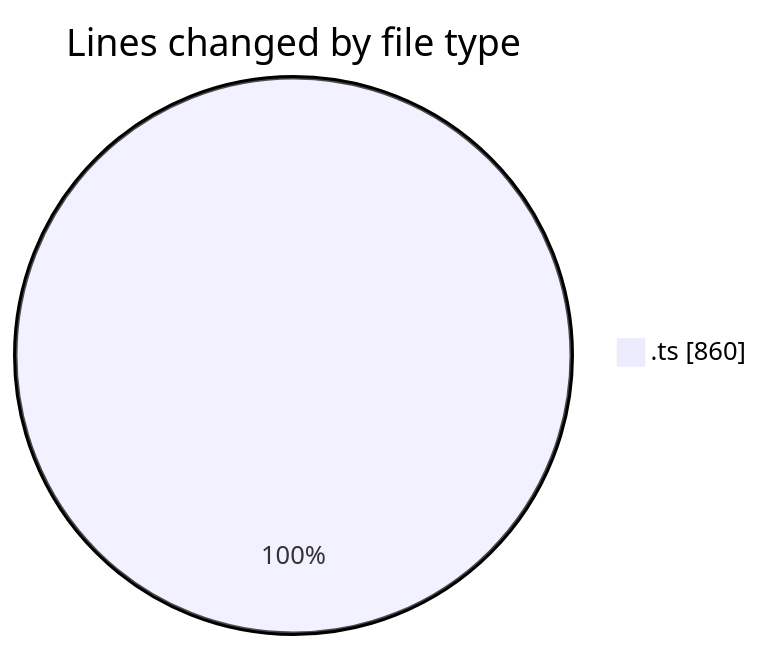
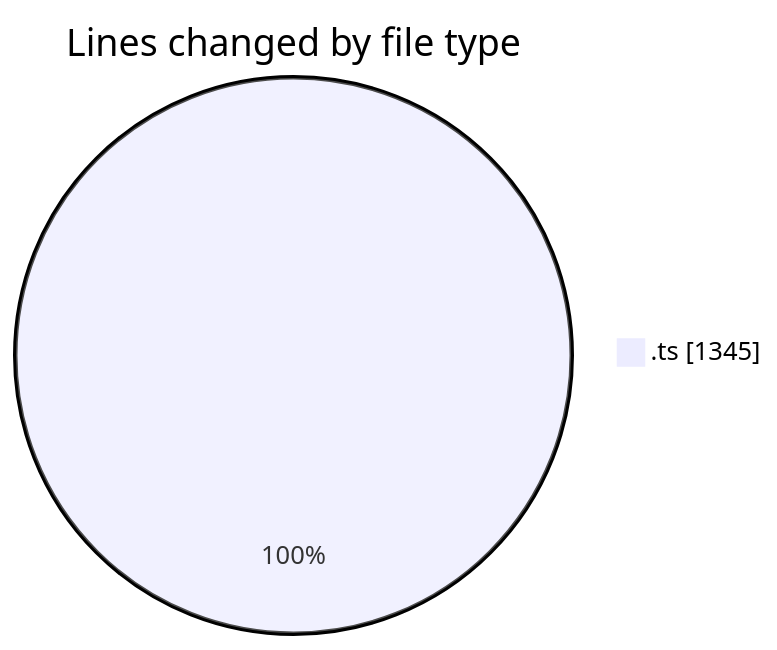
One commit to tmsrecording-cyber/code-tracking changed the first of 2 diagrams in 2026-02-09/singularitybrainai/README.md. Above: the diagram before and after it, drawn with Mermaid. The commit also changed other lines of this file and 1 other file, not shown here.

````diff
--- a/2026-02-09/singularitybrainai/README.md
+++ b/2026-02-09/singularitybrainai/README.md
@@ -24,5 +26,5 @@
 ```mermaid
 pie showData
 title Lines changed by file type
-".ts" : 860
+".ts" : 1345
 ```
````
